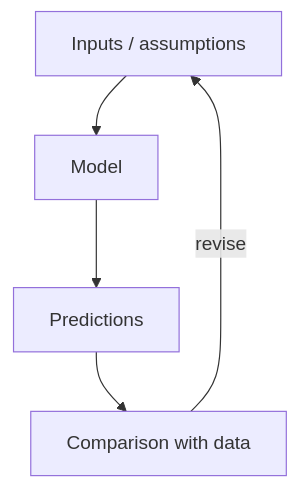
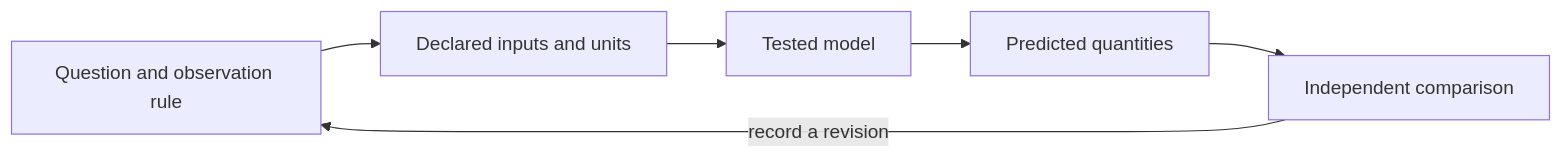
Before and after one commit to docxology/template: the diagram in projects/templates/template_textbook/manuscript/part_0/core_methods.md, drawn with Mermaid. The commit also changed other lines of this file and 1600 other files, not shown here.

````diff
--- a/projects/templates/template_textbook/manuscript/part_0/core_methods.md
+++ b/projects/templates/template_textbook/manuscript/part_0/core_methods.md
@@ -65,7 +121,8 @@
 ```mermaid
-graph TD
-  A[Inputs / assumptions] --> B[Model]
-  B --> C[Predictions]
-  C --> D[Comparison with data]
-  D -->|revise| A
+flowchart LR
+  Q[Question and observation rule] --> I[Declared inputs and units]
+  I --> M[Tested model]
+  M --> P[Predicted quantities]
+  P --> C[Independent comparison]
+  C -->|record a revision| Q
 ```
````
